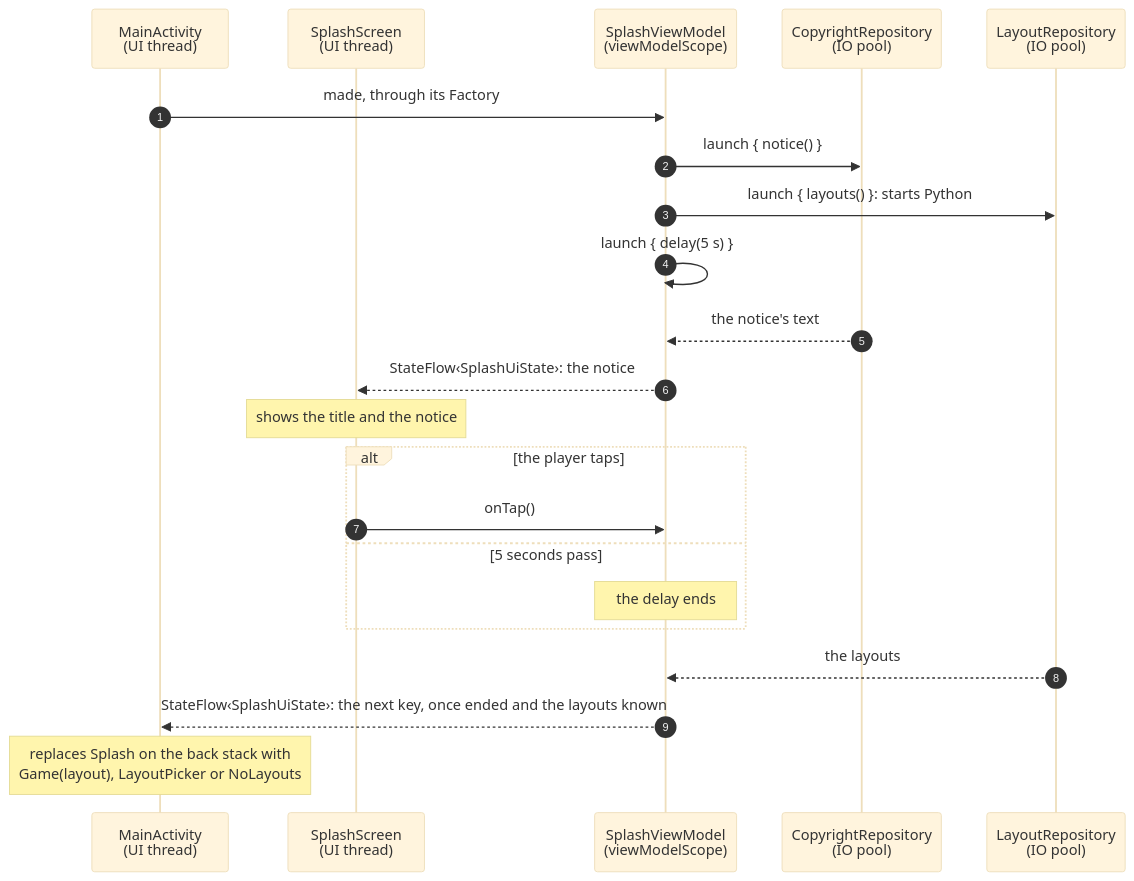
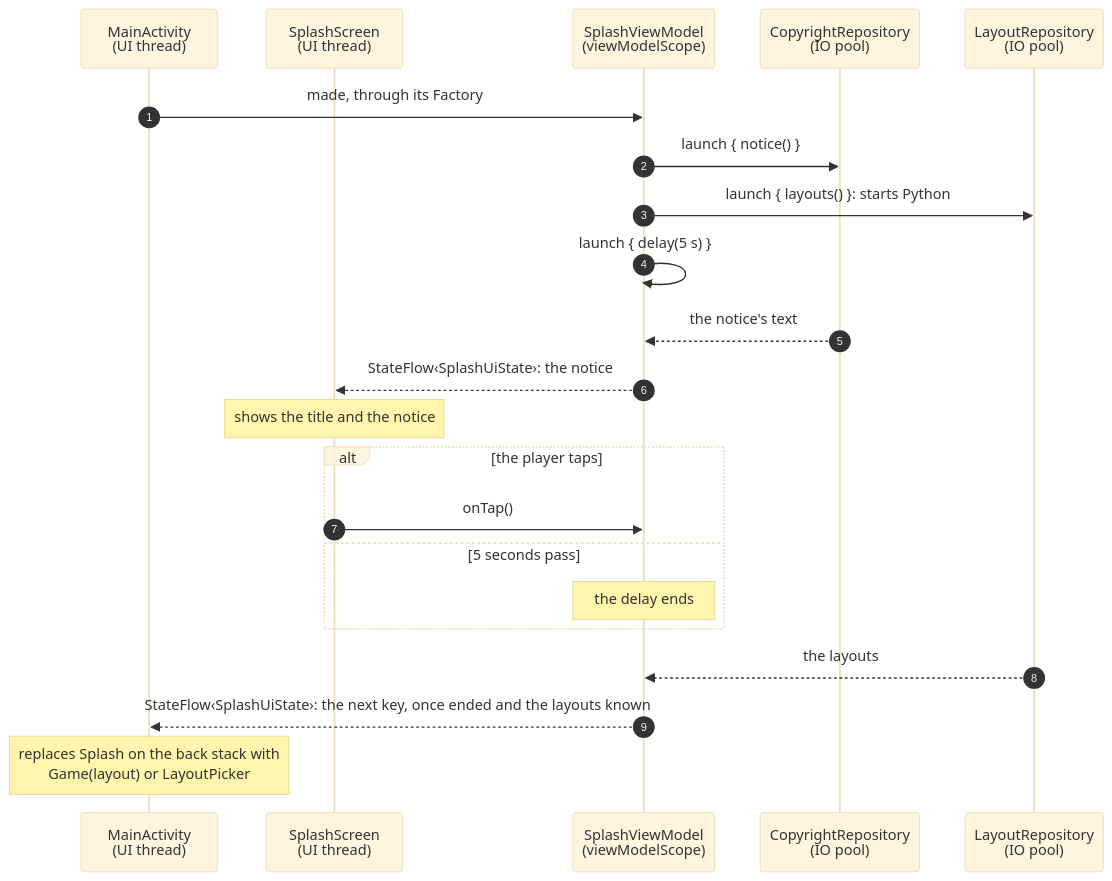
The third of 6 diagrams in android/docs/architecture.md (aivanov61/sudoku-solver), drawn with Mermaid (base theme) before and after one commit. The commit also changed other lines of this file and 12 other files, not shown here.

Commit message:
Navigate with Navigation 3 from the splash, which reads the layouts behind it, to the game on the only layout or to a layout picker that says when none can be played, each screen with its own ViewModels on a back stack saved through process death

````diff
--- a/android/docs/architecture.md
+++ b/android/docs/architecture.md
@@ -109,26 +117,26 @@
 ```mermaid
 sequenceDiagram
     autonumber
     participant M as MainActivity<br/>(UI thread)
     participant S as SplashScreen<br/>(UI thread)
     participant VM as SplashViewModel<br/>(viewModelScope)
     participant R as CopyrightRepository<br/>(IO pool)
 
     participant L as LayoutRepository<br/>(IO pool)
 
     M->>VM: made, through its Factory
     VM->>R: launch { notice() }
     VM->>L: launch { layouts() }: starts Python
     VM->>VM: launch { delay(5 s) }
     R-->>VM: the notice's text
     VM-->>S: StateFlow‹SplashUiState›: the notice
     Note over S: shows the title and the notice
     alt the player taps
         S->>VM: onTap()
     else 5 seconds pass
         Note over VM: the delay ends
     end
     L-->>VM: the layouts
     VM-->>M: StateFlow‹SplashUiState›: the next key, once ended and the layouts known
-    Note over M: replaces Splash on the back stack with<br/>Game(layout), LayoutPicker or NoLayouts
+    Note over M: replaces Splash on the back stack with<br/>Game(layout) or LayoutPicker
 ```
````
